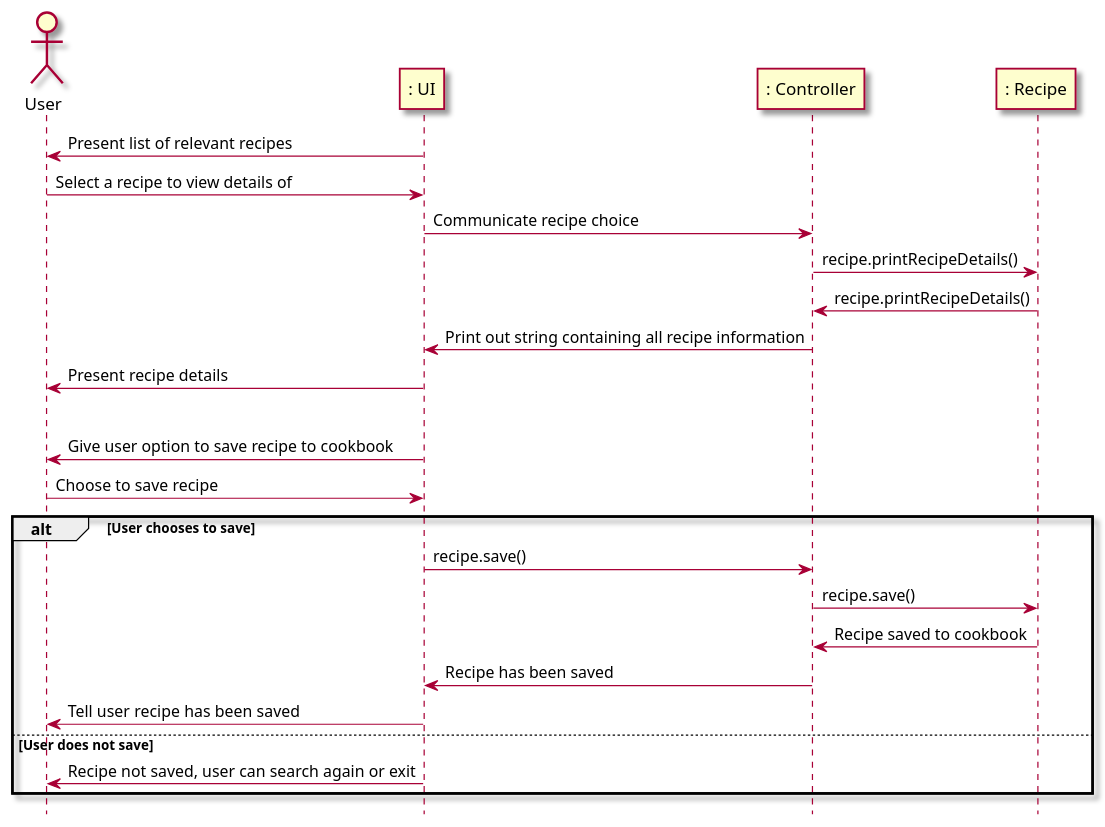
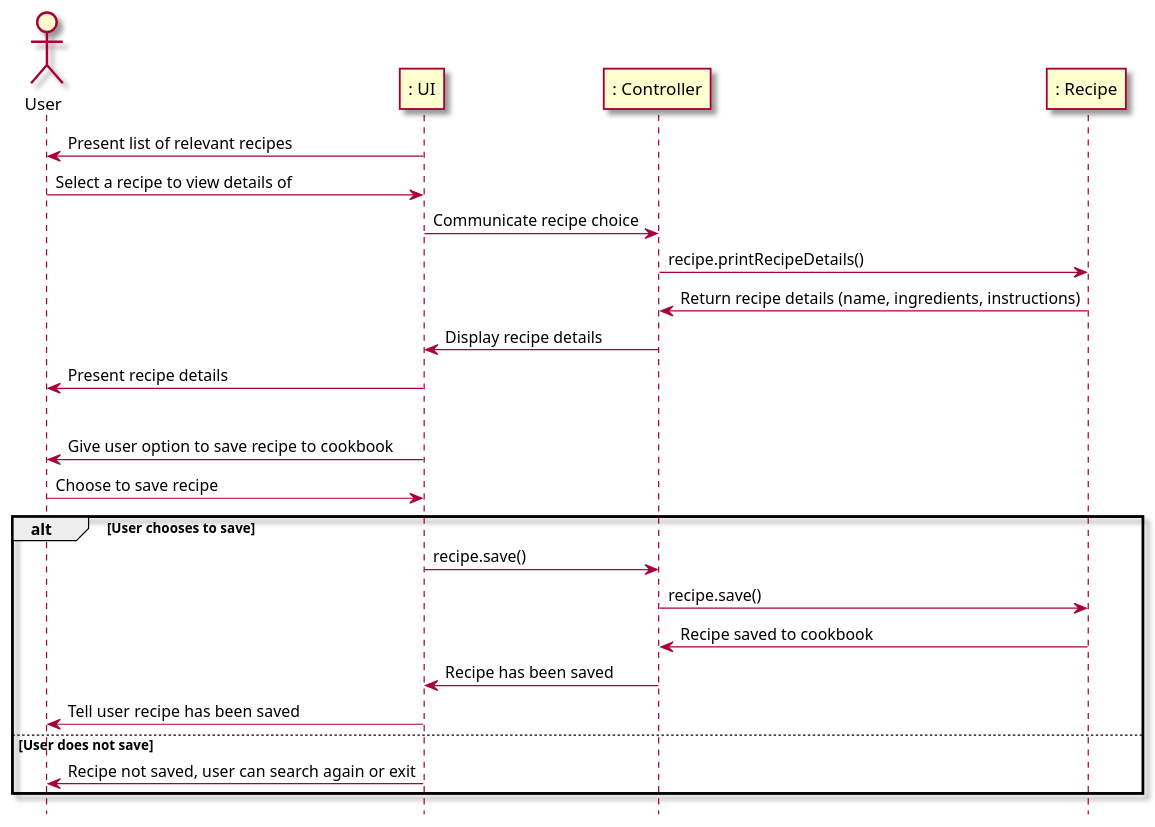
The second of 2 diagrams in intellij/doc/use-cases/view_recipe.md (berthashipper/Pantry-Pal-Android-Application), drawn with PlantUML before and after one commit. The commit also changed 3 other files, not shown here.

````diff
--- a/intellij/doc/use-cases/view_recipe.md
+++ b/intellij/doc/use-cases/view_recipe.md
@@ -64,34 +64,34 @@
 ```plantuml
 @startuml
 skin rose
 
 hide footbox
 
 actor User as user
 participant ": UI" as ui
 participant ": Controller" as cont
 participant ": Recipe" as rec
 
 ui -> user: Present list of relevant recipes
 user -> ui: Select a recipe to view details of
 ui -> cont: Communicate recipe choice
 cont -> rec: recipe.printRecipeDetails()
-rec -> cont: recipe.printRecipeDetails()
-cont -> ui: Print out string containing all recipe information
+rec -> cont: Return recipe details (name, ingredients, instructions)
+cont -> ui: Display recipe details
 ui -> user: Present recipe details
 
 loop User decides to save or not
     ui -> user: Give user option to save recipe to cookbook
     user -> ui: Choose to save recipe
     alt User chooses to save
         ui -> cont: recipe.save()
         cont -> rec: recipe.save()
         rec -> cont: Recipe saved to cookbook
         cont -> ui: Recipe has been saved
         ui -> user: Tell user recipe has been saved
     else User does not save
         ui -> user: Recipe not saved, user can search again or exit
     end
 
 @enduml
 ```
````
